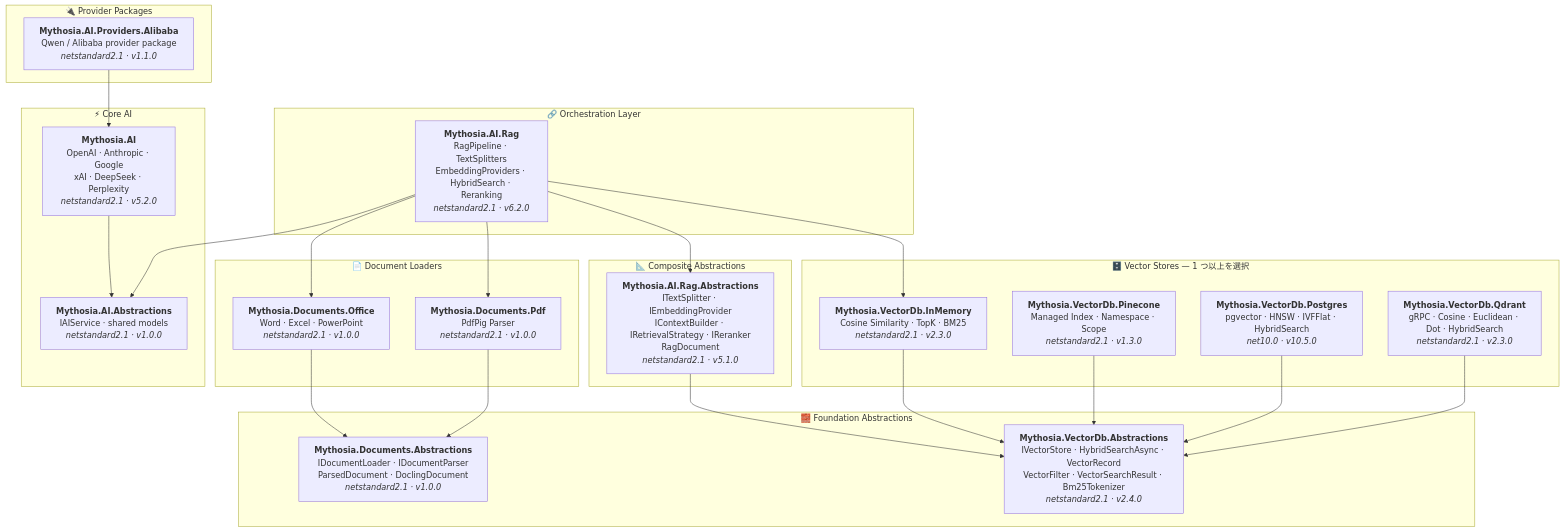
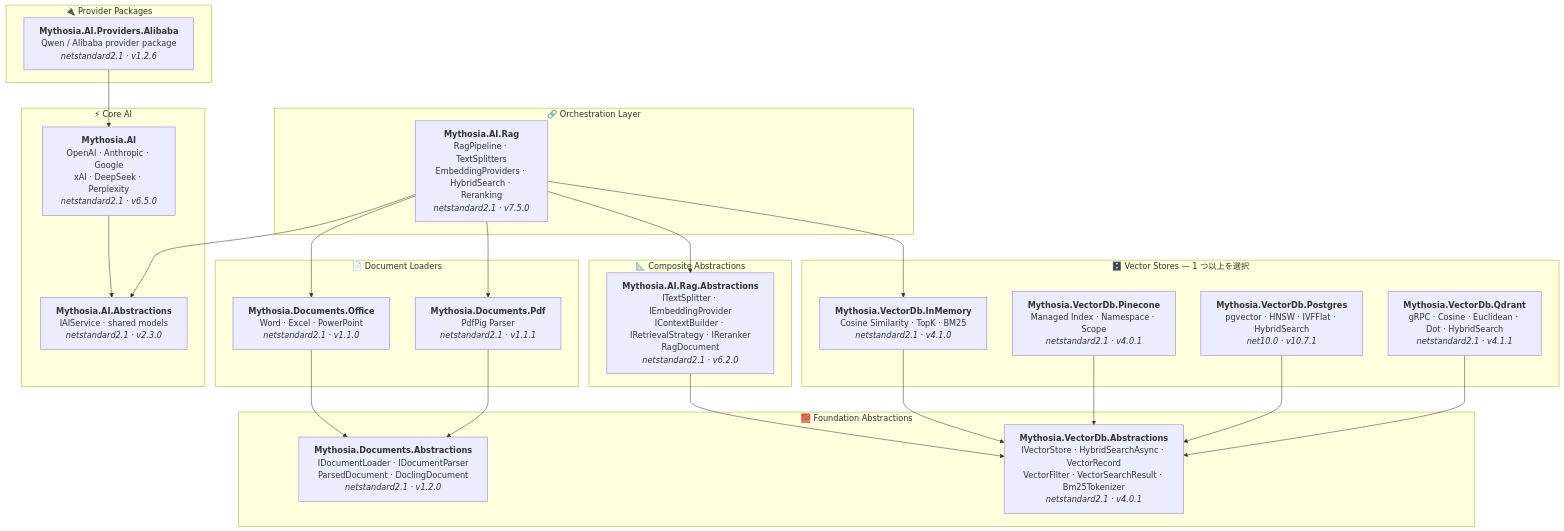
One commit to AJ-comp/Mythosia.AI changed the diagram in docs/ja/README.md. Above: the diagram before and after it, drawn with Mermaid. The commit also changed 13 other files, not shown here.

First line of the commit message:
fix(samples): refresh ChatUI model catalog for v6.5.0 + sync docs diagrams

````diff
--- a/docs/ja/README.md
+++ b/docs/ja/README.md
@@ -48,62 +48,62 @@
 ```mermaid
 graph TD
     subgraph "🔗 Orchestration Layer"
-        Rag["<b>Mythosia.AI.Rag</b><br/>RagPipeline · TextSplitters<br/>EmbeddingProviders · HybridSearch · Reranking<br/><i>netstandard2.1 · v6.2.0</i>"]
+        Rag["<b>Mythosia.AI.Rag</b><br/>RagPipeline · TextSplitters<br/>EmbeddingProviders · HybridSearch · Reranking<br/><i>netstandard2.1 · v7.5.0</i>"]
     end
 
     subgraph "⚡ Core AI"
-        AI["<b>Mythosia.AI</b><br/>OpenAI · Anthropic · Google<br/>xAI · DeepSeek · Perplexity<br/><i>netstandard2.1 · v5.2.0</i>"]
-        AIAbs["<b>Mythosia.AI.Abstractions</b><br/>IAIService · shared models<br/><i>netstandard2.1 · v1.0.0</i>"]
+        AI["<b>Mythosia.AI</b><br/>OpenAI · Anthropic · Google<br/>xAI · DeepSeek · Perplexity<br/><i>netstandard2.1 · v6.5.0</i>"]
+        AIAbs["<b>Mythosia.AI.Abstractions</b><br/>IAIService · shared models<br/><i>netstandard2.1 · v2.3.0</i>"]
     end
 
     subgraph "🔌 Provider Packages"
-        Alibaba["<b>Mythosia.AI.Providers.Alibaba</b><br/>Qwen / Alibaba provider package<br/><i>netstandard2.1 · v1.1.0</i>"]
+        Alibaba["<b>Mythosia.AI.Providers.Alibaba</b><br/>Qwen / Alibaba provider package<br/><i>netstandard2.1 · v1.2.6</i>"]
     end
 
     subgraph "📄 Document Loaders"
-        Office["<b>Mythosia.Documents.Office</b><br/>Word · Excel · PowerPoint<br/><i>netstandard2.1 · v1.0.0</i>"]
-        Pdf["<b>Mythosia.Documents.Pdf</b><br/>PdfPig Parser<br/><i>netstandard2.1 · v1.0.0</i>"]
+        Office["<b>Mythosia.Documents.Office</b><br/>Word · Excel · PowerPoint<br/><i>netstandard2.1 · v1.1.0</i>"]
+        Pdf["<b>Mythosia.Documents.Pdf</b><br/>PdfPig Parser<br/><i>netstandard2.1 · v1.1.1</i>"]
     end
 
     subgraph "📐 Composite Abstractions"
-        RagAbs["<b>Mythosia.AI.Rag.Abstractions</b><br/>ITextSplitter · IEmbeddingProvider<br/>IContextBuilder · IRetrievalStrategy · IReranker<br/>RagDocument<br/><i>netstandard2.1 · v5.1.0</i>"]
+        RagAbs["<b>Mythosia.AI.Rag.Abstractions</b><br/>ITextSplitter · IEmbeddingProvider<br/>IContextBuilder · IRetrievalStrategy · IReranker<br/>RagDocument<br/><i>netstandard2.1 · v6.2.0</i>"]
     end
 
     subgraph "🗄️ Vector Stores — 1 つ以上を選択"
-        InMem["<b>Mythosia.VectorDb.InMemory</b><br/>Cosine Similarity · TopK · BM25<br/><i>netstandard2.1 · v2.3.0</i>"]
-        Pine["<b>Mythosia.VectorDb.Pinecone</b><br/>Managed Index · Namespace · Scope<br/><i>netstandard2.1 · v1.3.0</i>"]
-        Pg["<b>Mythosia.VectorDb.Postgres</b><br/>pgvector · HNSW · IVFFlat · HybridSearch<br/><i>net10.0 · v10.5.0</i>"]
-        Qd["<b>Mythosia.VectorDb.Qdrant</b><br/>gRPC · Cosine · Euclidean · Dot · HybridSearch<br/><i>netstandard2.1 · v2.3.0</i>"]
+        InMem["<b>Mythosia.VectorDb.InMemory</b><br/>Cosine Similarity · TopK · BM25<br/><i>netstandard2.1 · v4.1.0</i>"]
+        Pine["<b>Mythosia.VectorDb.Pinecone</b><br/>Managed Index · Namespace · Scope<br/><i>netstandard2.1 · v4.0.1</i>"]
+        Pg["<b>Mythosia.VectorDb.Postgres</b><br/>pgvector · HNSW · IVFFlat · HybridSearch<br/><i>net10.0 · v10.7.1</i>"]
+        Qd["<b>Mythosia.VectorDb.Qdrant</b><br/>gRPC · Cosine · Euclidean · Dot · HybridSearch<br/><i>netstandard2.1 · v4.1.1</i>"]
     end
 
     subgraph "🧱 Foundation Abstractions"
-        LoaderAbs["<b>Mythosia.Documents.Abstractions</b><br/>IDocumentLoader · IDocumentParser<br/>ParsedDocument · DoclingDocument<br/><i>netstandard2.1 · v1.0.0</i>"]
-        VdbAbs["<b>Mythosia.VectorDb.Abstractions</b><br/>IVectorStore · HybridSearchAsync · VectorRecord<br/>VectorFilter · VectorSearchResult · Bm25Tokenizer<br/><i>netstandard2.1 · v2.4.0</i>"]
+        LoaderAbs["<b>Mythosia.Documents.Abstractions</b><br/>IDocumentLoader · IDocumentParser<br/>ParsedDocument · DoclingDocument<br/><i>netstandard2.1 · v1.2.0</i>"]
+        VdbAbs["<b>Mythosia.VectorDb.Abstractions</b><br/>IVectorStore · HybridSearchAsync · VectorRecord<br/>VectorFilter · VectorSearchResult · Bm25Tokenizer<br/><i>netstandard2.1 · v4.0.1</i>"]
     end
 
     %% Core AI internal
     AI --> AIAbs
 
     %% Orchestration → dependencies
     Rag --> AIAbs
     Rag --> Office
     Rag --> Pdf
     Rag --> RagAbs
     Rag --> InMem
 
     %% Provider packages → core
     Alibaba --> AI
 
     %% Composite → Foundation
     RagAbs --> VdbAbs
 
     %% Loaders → Foundation
     Office --> LoaderAbs
     Pdf --> LoaderAbs
 
     %% VectorStores → Foundation
     InMem --> VdbAbs
     Pine --> VdbAbs
     Pg --> VdbAbs
     Qd --> VdbAbs
 ```
````
